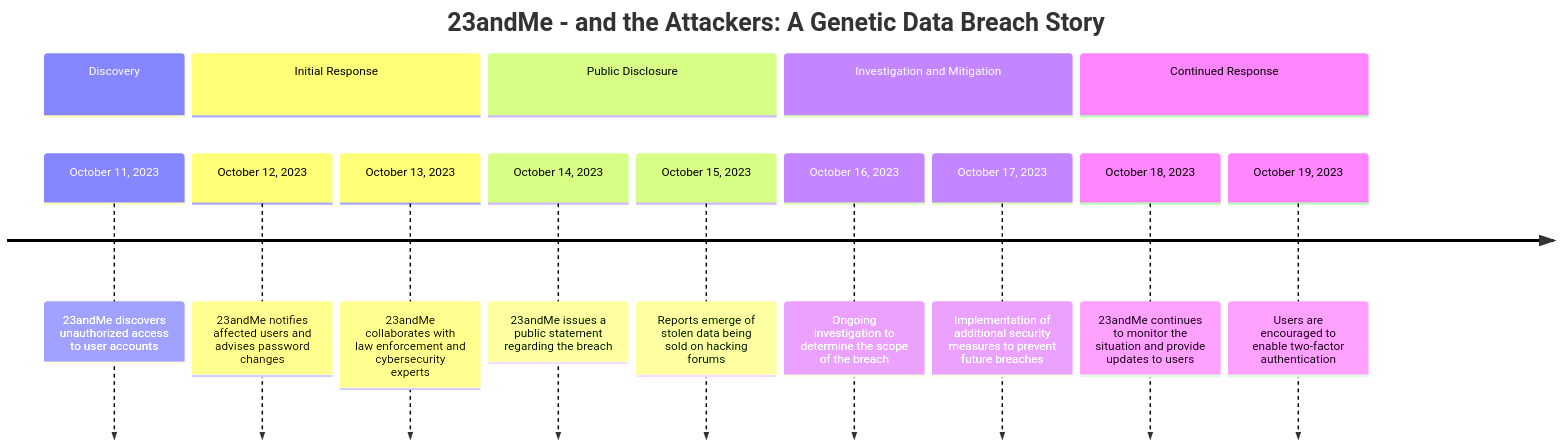
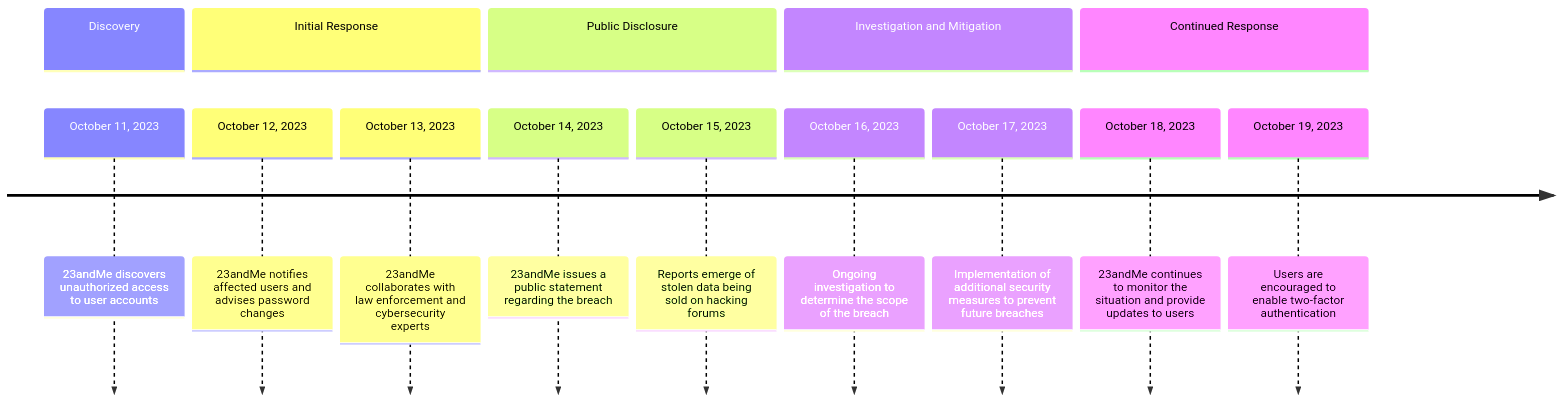
One commit to G3ph4z/g3ph4z.github.io changed the diagram in _posts/2024-05-31-23andme-and-the-attackers.md. Above: the diagram before and after it, drawn with Mermaid.

Commit message:
Remove timeline title

````diff
--- a/_posts/2024-05-31-23andme-and-the-attackers.md
+++ b/_posts/2024-05-31-23andme-and-the-attackers.md
@@ -55,23 +55,22 @@
 ```mermaid
    timeline
-    title 23andMe - and the Attackers: A Genetic Data Breach Story
-
+   
     section Discovery
     October 11, 2023: 23andMe discovers unauthorized access to user accounts
 
     section Initial Response
     October 12, 2023: 23andMe notifies affected users and advises password changes
     October 13, 2023: 23andMe collaborates with law enforcement and cybersecurity experts
 
     section Public Disclosure
     October 14, 2023: 23andMe issues a public statement regarding the breach
     October 15, 2023: Reports emerge of stolen data being sold on hacking forums
 
     section Investigation and Mitigation
     October 16, 2023: Ongoing investigation to determine the scope of the breach
     October 17, 2023: Implementation of additional security measures to prevent future breaches
 
     section Continued Response
     October 18, 2023: 23andMe continues to monitor the situation and provide updates to users
     October 19, 2023: Users are encouraged to enable two-factor authentication
 ```
````
